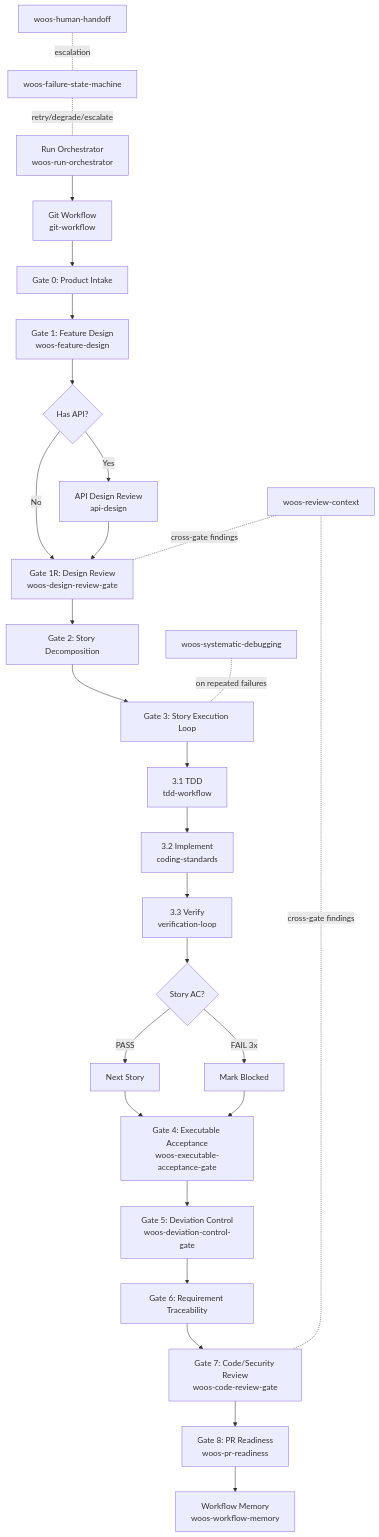
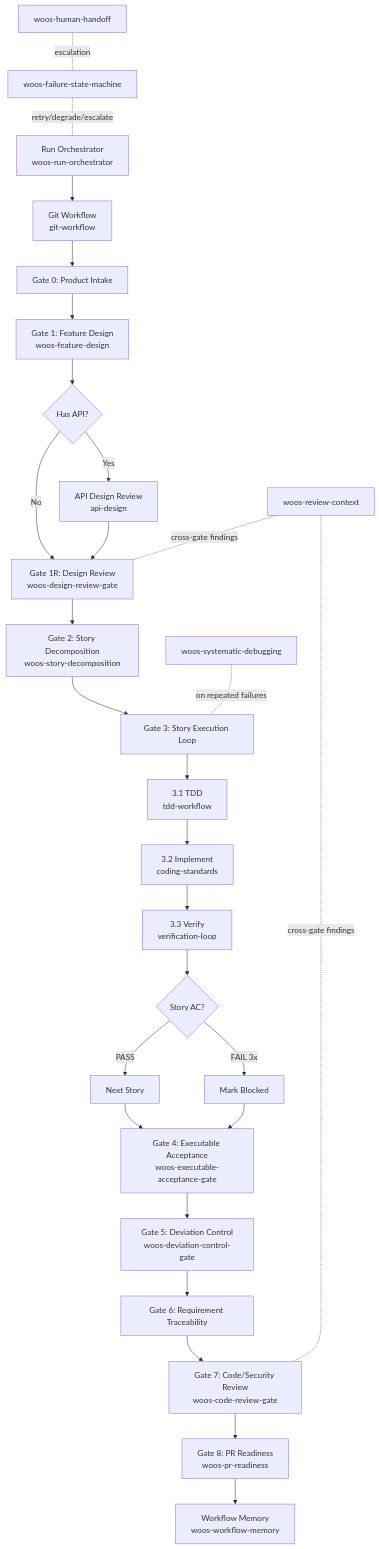
The diagram in README.md (zero-click/zero-ratchet), drawn with Mermaid before and after one commit. The commit also changed 9 other files, not shown here.

````diff
--- a/README.md
+++ b/README.md
@@ -58,32 +58,32 @@
 ```mermaid
 flowchart TD
   A[Run Orchestrator<br/>woos-run-orchestrator] --> B[Git Workflow<br/>git-workflow]
   B --> C[Gate 0: Product Intake]
   C --> D[Gate 1: Feature Design<br/>woos-feature-design]
   D --> D1{Has API?}
   D1 -->|Yes| D2[API Design Review<br/>api-design]
   D1 -->|No| E
   D2 --> E[Gate 1R: Design Review<br/>woos-design-review-gate]
-  E --> F[Gate 2: Story Decomposition]
+  E --> F[Gate 2: Story Decomposition<br/>woos-story-decomposition]
   F --> G[Gate 3: Story Execution Loop]
   G --> G1[3.1 TDD<br/>tdd-workflow]
   G1 --> G2[3.2 Implement<br/>coding-standards]
   G2 --> G3[3.3 Verify<br/>verification-loop]
   G3 --> G4{Story AC?}
   G4 -->|PASS| G5[Next Story]
   G4 -->|FAIL 3x| G6[Mark Blocked]
   G5 --> H
   G6 --> H
   H[Gate 4: Executable Acceptance<br/>woos-executable-acceptance-gate]
   H --> I[Gate 5: Deviation Control<br/>woos-deviation-control-gate]
   I --> J[Gate 6: Requirement Traceability]
   J --> K[Gate 7: Code/Security Review<br/>woos-code-review-gate]
   K --> L[Gate 8: PR Readiness<br/>woos-pr-readiness]
   L --> M[Workflow Memory<br/>woos-workflow-memory]
 
   N[woos-failure-state-machine] -.retry/degrade/escalate.- A
   O[woos-systematic-debugging] -.on repeated failures.- G
   P[woos-human-handoff] -.escalation.- N
   Q[woos-review-context] -.cross-gate findings.- E
   Q -.cross-gate findings.- K
 ```
````
